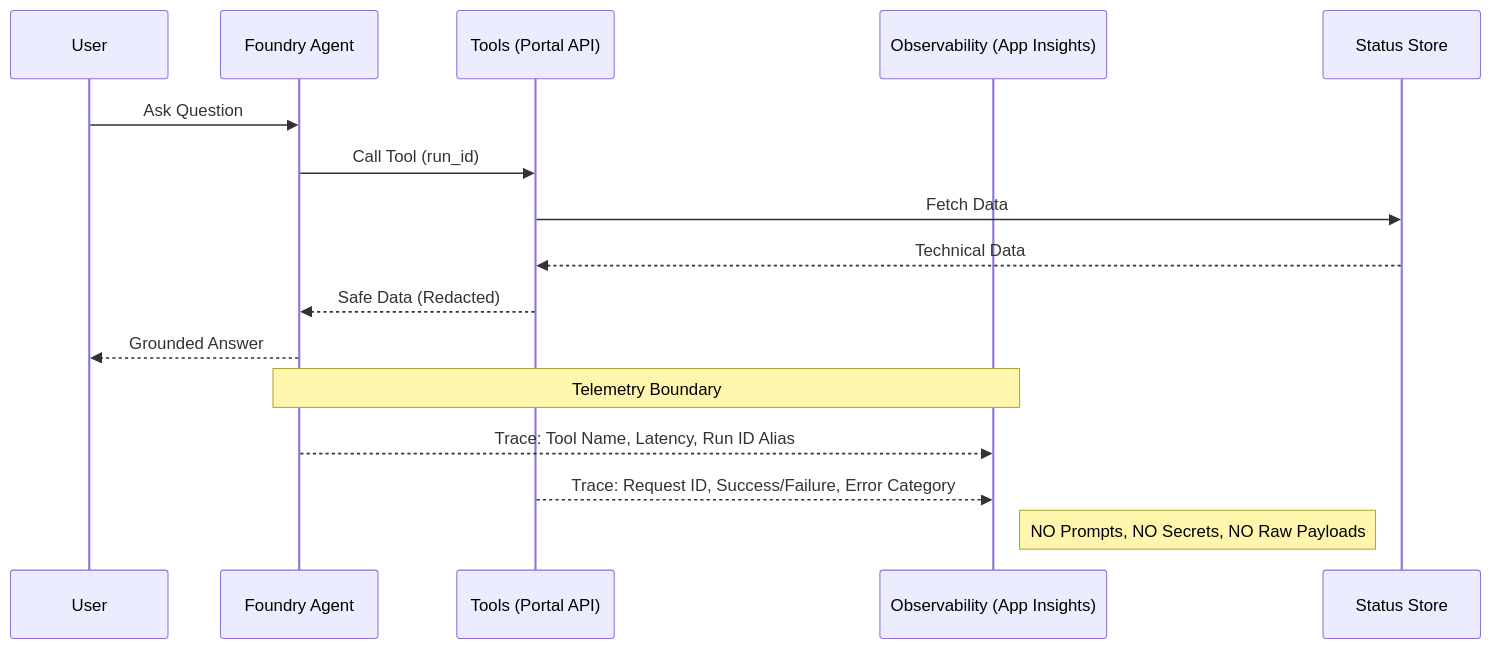
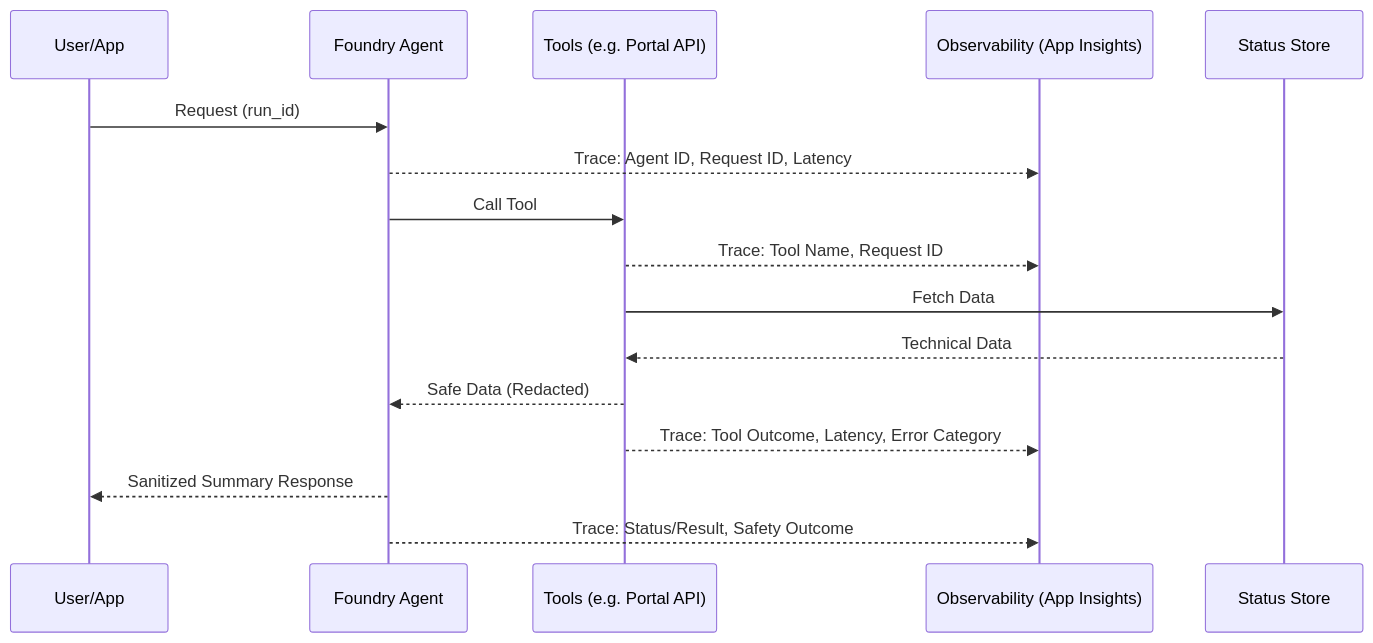
The diagram in building-blocks/observability/agent-evaluation-observability/README.md (wildersa/azure_ref_kit), drawn with Mermaid before and after one commit. The commit also changed other lines of this file and 4 other files, not shown here.

````diff
--- a/building-blocks/observability/agent-evaluation-observability/README.md
+++ b/building-blocks/observability/agent-evaluation-observability/README.md
@@ -13,20 +13,19 @@
 ```mermaid
 sequenceDiagram
-    participant U as User
+    participant U as User/App
     participant A as Foundry Agent
-    participant T as Tools (Portal API)
+    participant T as Tools (e.g. Portal API)
     participant O as Observability (App Insights)
     participant S as Status Store
 
-    U->>A: Ask Question
-    A->>T: Call Tool (run_id)
+    U->>A: Request (run_id)
+    A-->>O: Trace: Agent ID, Request ID, Latency
+    A->>T: Call Tool
+    T-->>O: Trace: Tool Name, Request ID
     T->>S: Fetch Data
     S-->>T: Technical Data
     T-->>A: Safe Data (Redacted)
-    A-->>U: Grounded Answer
-
-    Note over A,O: Telemetry Boundary
-    A-->>O: Trace: Tool Name, Latency, Run ID Alias
-    T-->>O: Trace: Request ID, Success/Failure, Error Category
-    Note right of O: NO Prompts, NO Secrets, NO Raw Payloads
+    T-->>O: Trace: Tool Outcome, Latency, Error Category
+    A-->>U: Sanitized Summary Response
+    A-->>O: Trace: Status/Result, Safety Outcome
 ```
````
